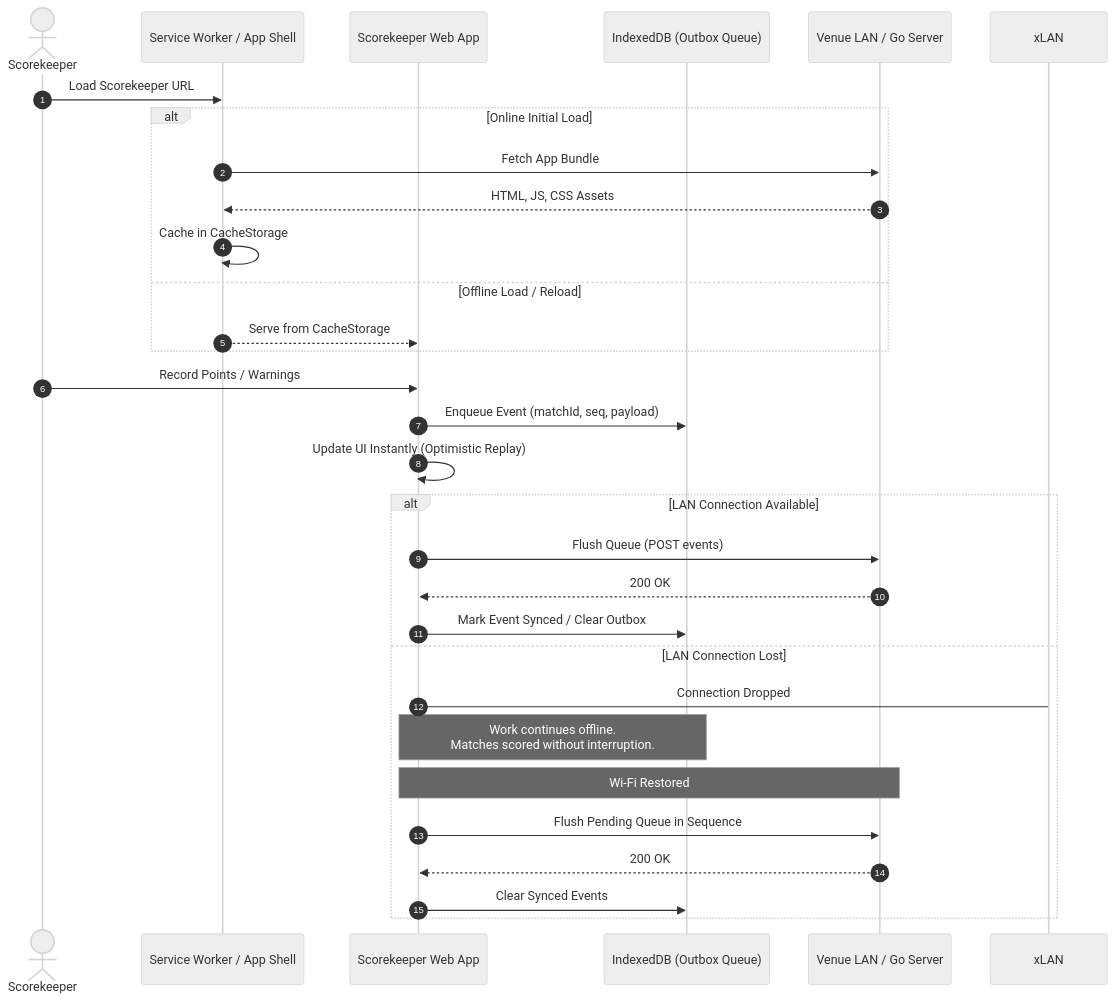
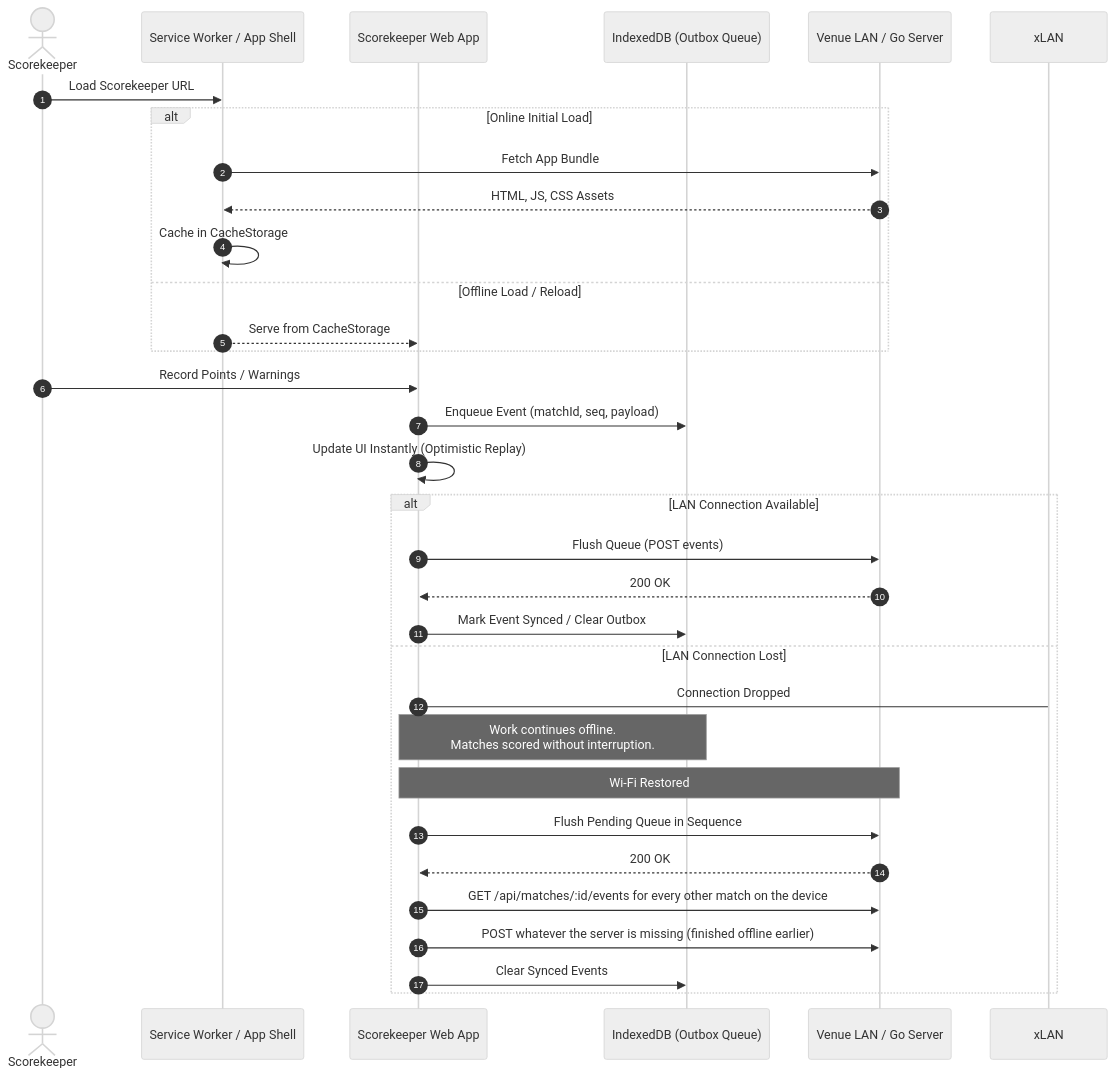
Before and after one commit to fylke/porta-di-ferro: the fifth of 5 diagrams in docs/architecture.md, drawn with Mermaid (neutral theme). The commit also changed other lines of this file and 6 other files, not shown here.

````diff
--- a/docs/architecture.md
+++ b/docs/architecture.md
@@ -160,35 +160,37 @@
 ```mermaid
 sequenceDiagram
     autonumber
     actor Scorekeeper
     participant SW as Service Worker / App Shell
     participant App as Scorekeeper Web App
     participant IDB as IndexedDB (Outbox Queue)
     participant LAN as Venue LAN / Go Server
 
     Scorekeeper->>SW: Load Scorekeeper URL
     alt Online Initial Load
         SW->>LAN: Fetch App Bundle
         LAN-->>SW: HTML, JS, CSS Assets
         SW->>SW: Cache in CacheStorage
     else Offline Load / Reload
         SW-->>App: Serve from CacheStorage
     end
 
     Scorekeeper->>App: Record Points / Warnings
     App->>IDB: Enqueue Event (matchId, seq, payload)
     App->>App: Update UI Instantly (Optimistic Replay)
 
     alt LAN Connection Available
         App->>LAN: Flush Queue (POST events)
         LAN-->>App: 200 OK
         App->>IDB: Mark Event Synced / Clear Outbox
     else LAN Connection Lost
         App->xLAN: Connection Dropped
         Note over App,IDB: Work continues offline.<br/>Matches scored without interruption.
         Note over App,LAN: Wi-Fi Restored
         App->>LAN: Flush Pending Queue in Sequence
         LAN-->>App: 200 OK
+        App->>LAN: GET /api/matches/:id/events for every other match on the device
+        App->>LAN: POST whatever the server is missing (finished offline earlier)
         App->>IDB: Clear Synced Events
     end
 ```
````
